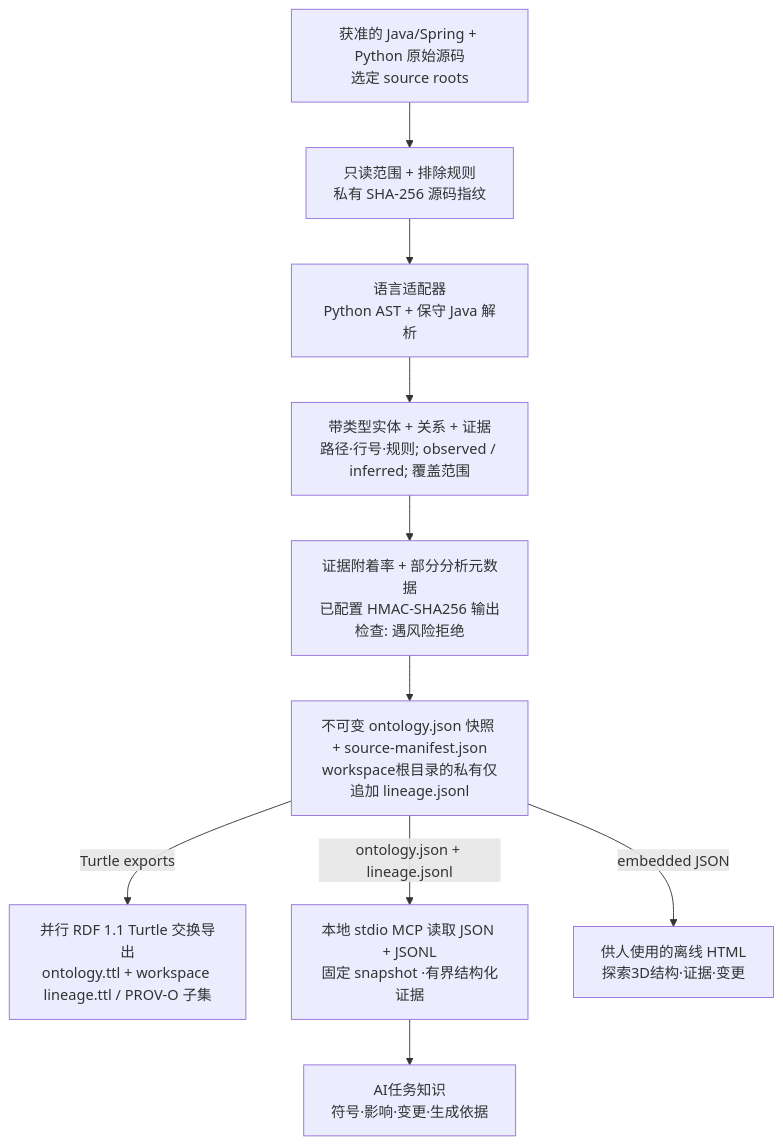
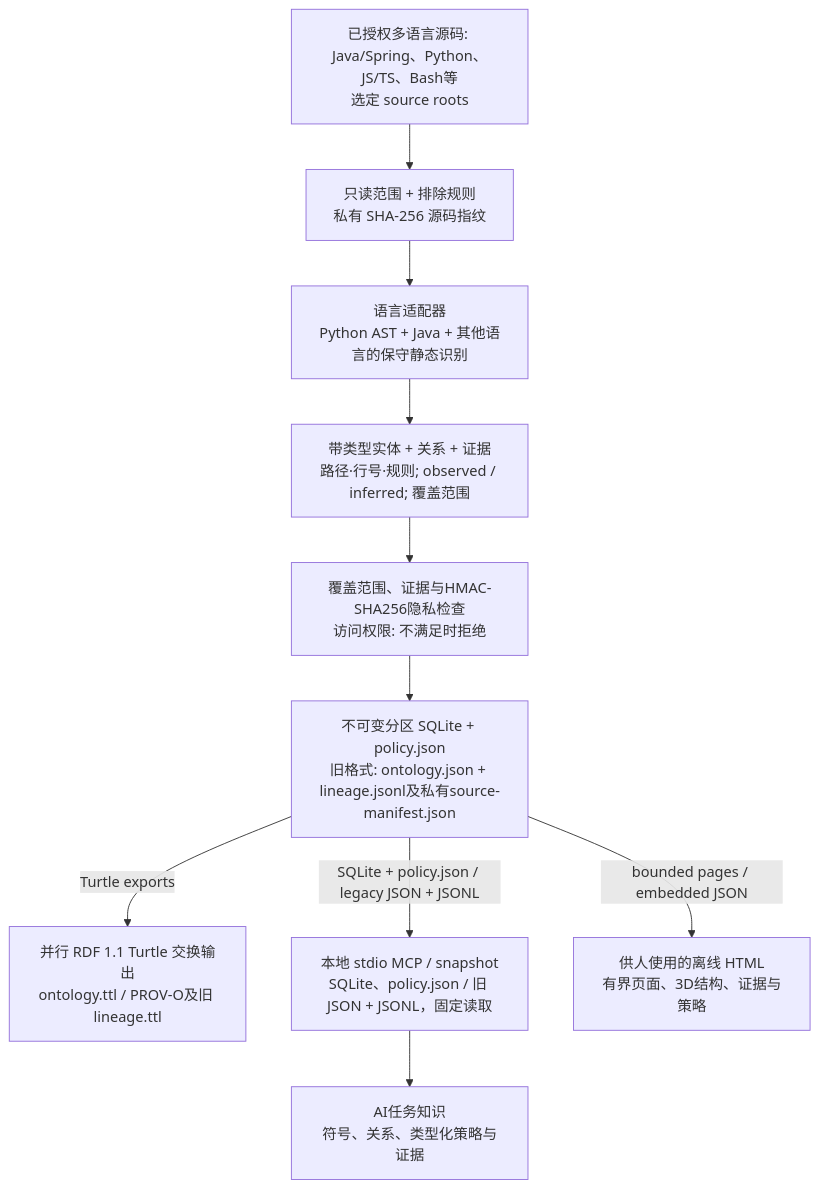
One commit to battle-doll/code-ontology-companion changed the diagram in README.zh-CN.md. Above: the diagram before and after it, drawn with Mermaid. The commit also changed other lines of this file and 150 other files, not shown here.

Commit message:
Implement 0.9.0 bounded ontology pipeline and knowledge access controls

````diff
--- a/README.zh-CN.md
+++ b/README.zh-CN.md
@@ -23,22 +23,22 @@
 ```mermaid
 flowchart TB
-    source["获准的 Java/Spring + Python 原始源码<br/>选定 source roots"]
+    source["已授权多语言源码: Java/Spring、Python、JS/TS、Bash等<br/>选定 source roots"]
     scope["只读范围 + 排除规则<br/>私有 SHA-256 源码指纹"]
-    adapters["语言适配器<br/>Python AST + 保守 Java 解析"]
+    adapters["语言适配器<br/>Python AST + Java + 其他语言的保守静态识别"]
     evidence["带类型实体 + 关系 + 证据<br/>路径·行号·规则; observed / inferred; 覆盖范围"]
-    gate["证据附着率 + 部分分析元数据<br/>已配置 HMAC-SHA256 输出检查: 遇风险拒绝"]
-    snapshot["不可变 ontology.json 快照 + source-manifest.json<br/>workspace根目录的私有仅追加 lineage.jsonl"]
-    rdf["并行 RDF 1.1 Turtle 交换导出<br/>ontology.ttl + workspace lineage.ttl / PROV-O 子集"]
-    mcp["本地 stdio MCP 读取 JSON + JSONL<br/>固定 snapshot ·有界结构化证据"]
-    ai["AI任务知识<br/>符号·影响·变更·生成依据"]
-    human["供人使用的离线 HTML<br/>探索3D结构·证据·变更"]
+    gate["覆盖范围、证据与HMAC-SHA256隐私检查<br/>访问权限: 不满足时拒绝"]
+    snapshot["不可变分区 SQLite + policy.json<br/>旧格式: ontology.json + lineage.jsonl及私有source-manifest.json"]
+    rdf["并行 RDF 1.1 Turtle 交换输出<br/>ontology.ttl / PROV-O及旧 lineage.ttl"]
+    mcp["本地 stdio MCP / snapshot<br/>SQLite、policy.json / 旧 JSON + JSONL，固定读取"]
+    ai["AI任务知识<br/>符号、关系、类型化策略与证据"]
+    human["供人使用的离线 HTML<br/>有界页面、3D结构、证据与策略"]
     source --> scope
     scope --> adapters
     adapters --> evidence
     evidence --> gate
     gate --> snapshot
     snapshot -->|Turtle exports| rdf
-    snapshot -->|ontology.json + lineage.jsonl| mcp
+    snapshot -->|SQLite + policy.json / legacy JSON + JSONL| mcp
     mcp --> ai
-    snapshot -->|embedded JSON| human
+    snapshot -->|bounded pages / embedded JSON| human
 ```
````
